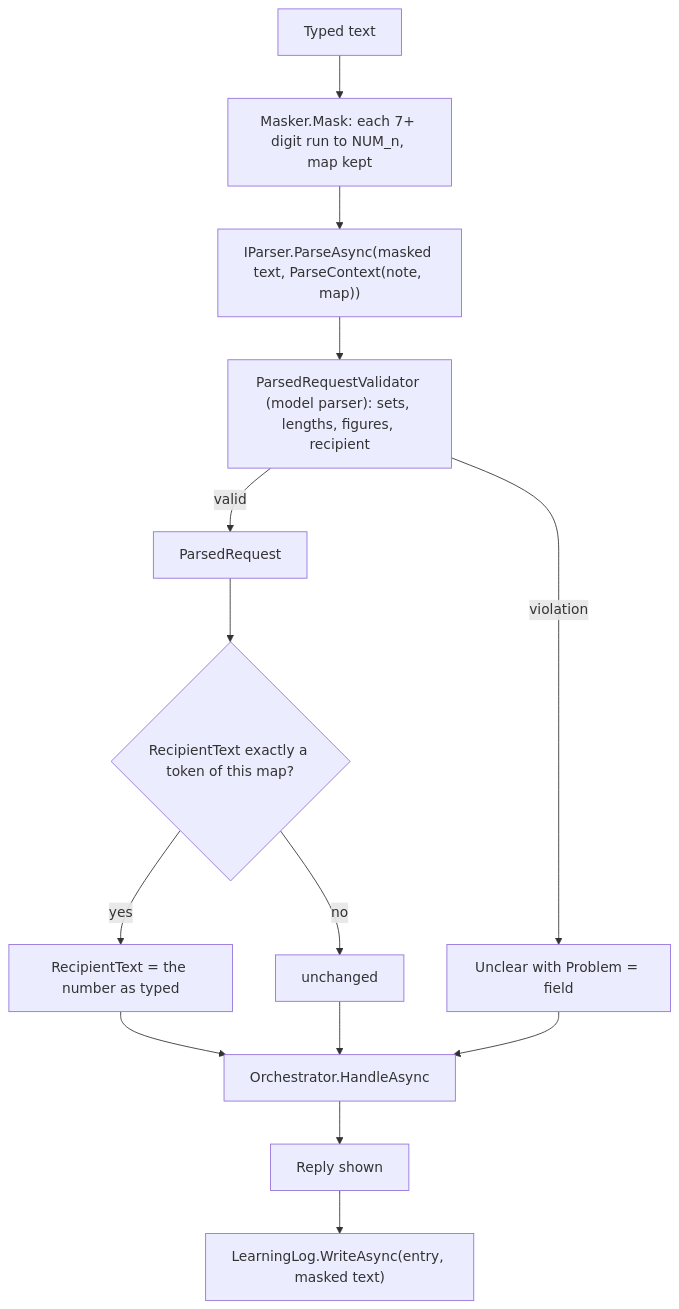
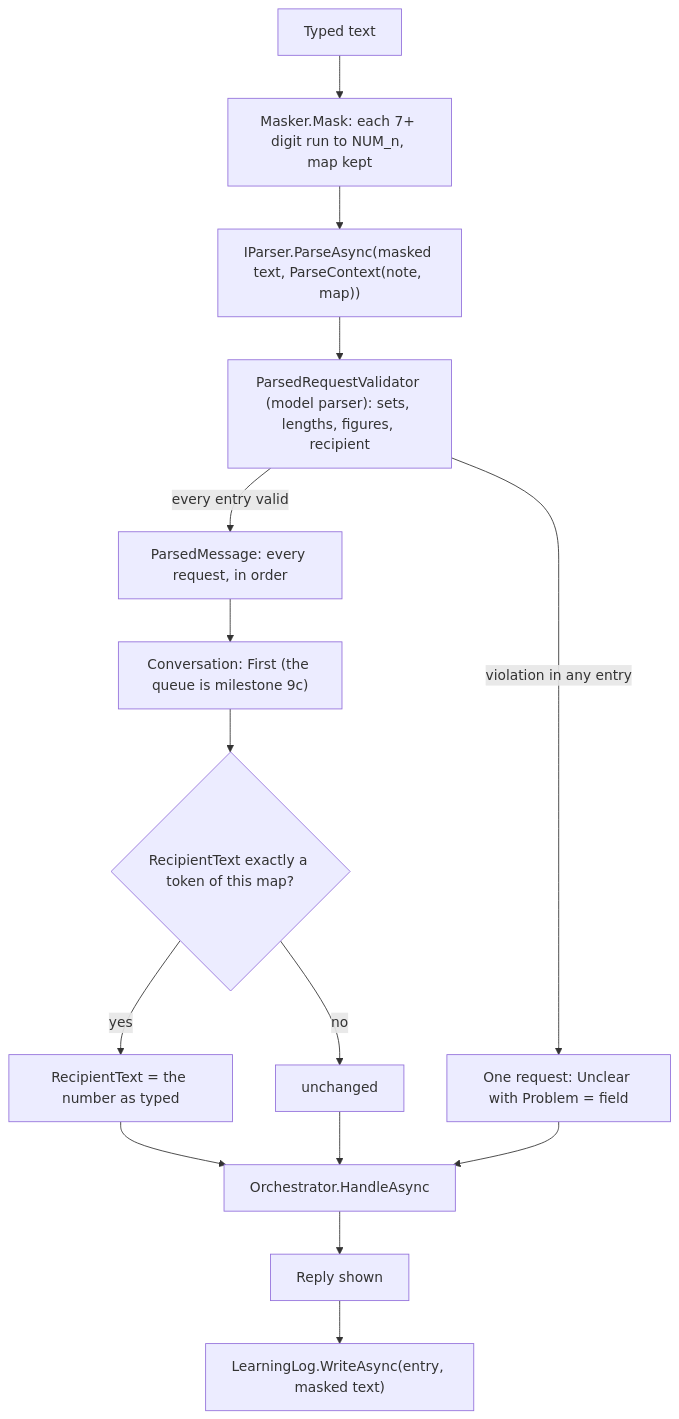
Before and after one commit to Khalil-Alhadidi/Naqoli: the second of 21 diagrams in docs/agent-core.md, drawn with Mermaid. The commit also changed other lines of this file and 19 other files, not shown here.

Commit message:
feat(core): the parse call returns every request of a message (ParsedMessage; the validator checks the whole list, D7), the conversation still runs the first until the queue lands

````diff
--- a/docs/agent-core.md
+++ b/docs/agent-core.md
@@ -101,16 +102,17 @@
 ```mermaid
 flowchart TD
     typed["Typed text"] --> mask["Masker.Mask: each 7+ digit run to NUM_n, map kept"]
     mask --> parse["IParser.ParseAsync(masked text, ParseContext(note, map))"]
     parse --> valid["ParsedRequestValidator (model parser): sets, lengths, figures, recipient"]
-    valid -- "violation" --> unclear["Unclear with Problem = field"]
-    valid -- "valid" --> req["ParsedRequest"]
-    req --> unmask{"RecipientText exactly a token of this map?"}
+    valid -- "violation in any entry" --> unclear["One request: Unclear with Problem = field"]
+    valid -- "every entry valid" --> list["ParsedMessage: every request, in order"]
+    list --> first["Conversation: First (the queue is milestone 9c)"]
+    first --> unmask{"RecipientText exactly a token of this map?"}
     unmask -- yes --> number["RecipientText = the number as typed"]
     unmask -- no --> keep["unchanged"]
     number --> orch["Orchestrator.HandleAsync"]
     keep --> orch
     unclear --> orch
     orch --> reply["Reply shown"]
     reply --> log["LearningLog.WriteAsync(entry, masked text)"]
 ```
````
